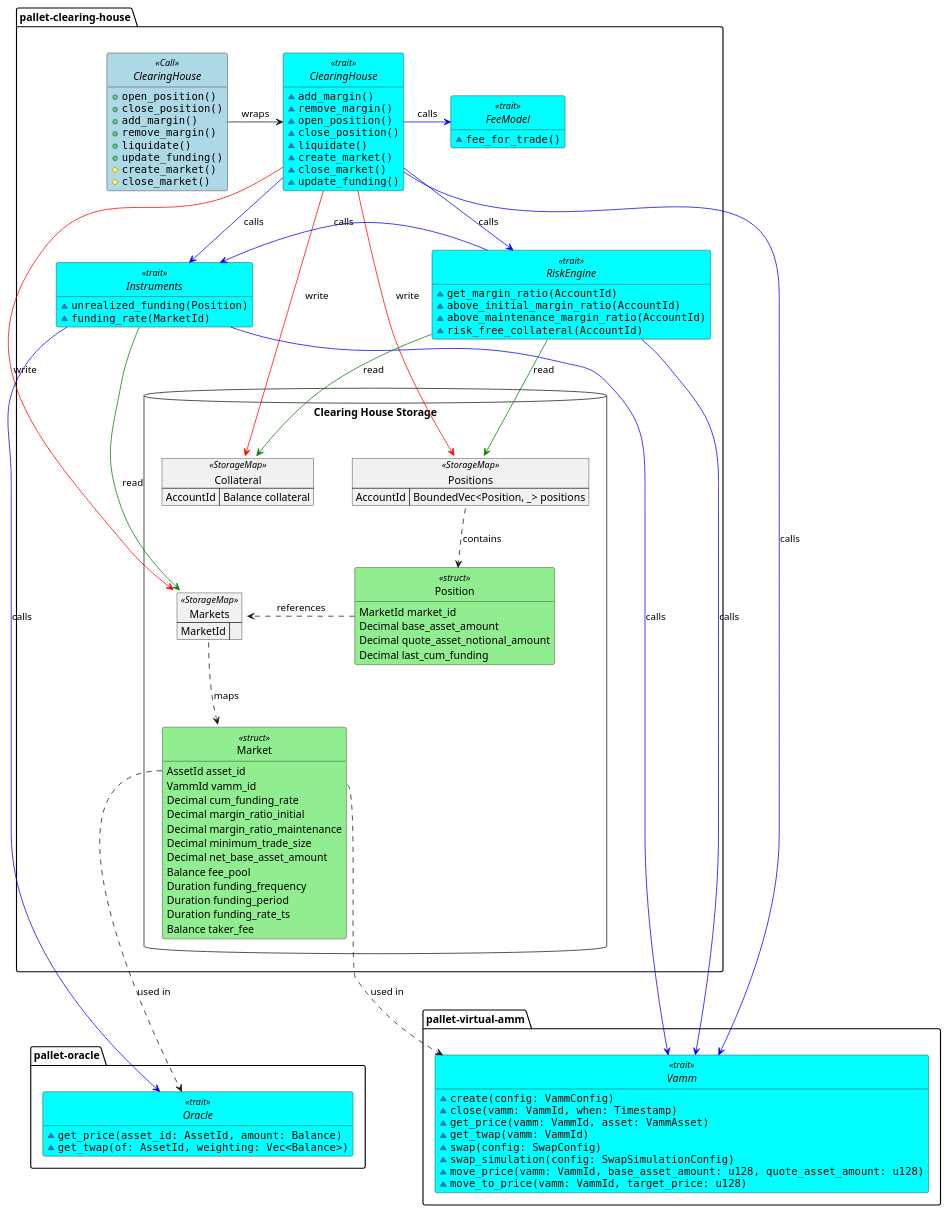
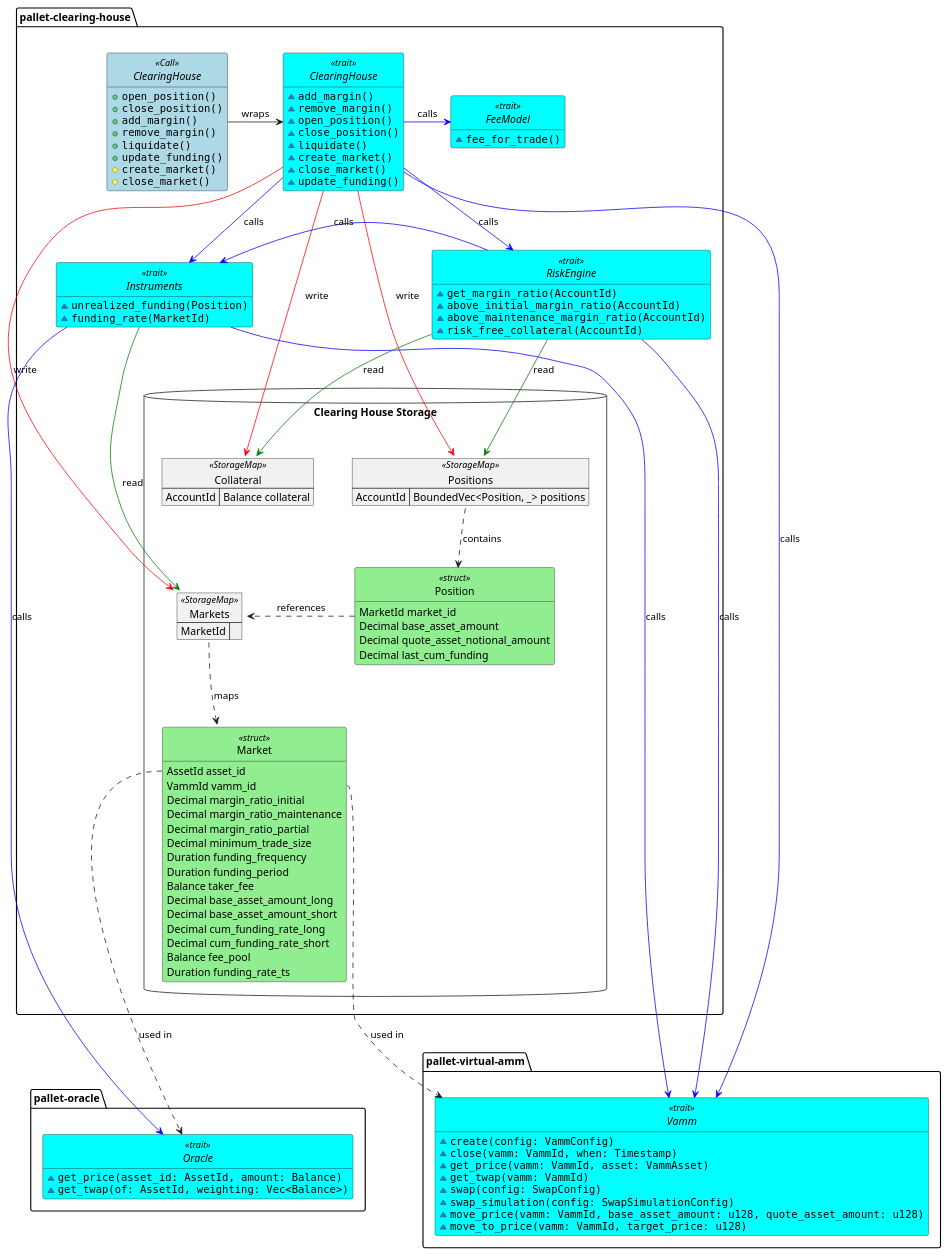
Before and after one commit to ComposableFi/composable: the diagram in frame/clearing-house/diagrams/clearing-house.plantuml, drawn with PlantUML.

Commit message:
docs(CH): update static diagram with market attrs
CU-2m2cpdz

```diff
--- a/frame/clearing-house/diagrams/clearing-house.plantuml
+++ b/frame/clearing-house/diagrams/clearing-house.plantuml
@@ -1,160 +1,163 @@
 @startuml clearing-house
 
 <style>
 .struct {
     BackgroundColor LightGreen
 }
 .Call {
     BackgroundColor LightBlue
 }
 .trait {
     BackgroundColor Cyan
 }
 </style>
 
 package "pallet-clearing-house" {
     interface ClearingHouse <<Call>> {
         + ""open_position()""
         + ""close_position()""
         + ""add_margin()""
         + ""remove_margin()""
         + ""liquidate()""
         + ""update_funding()""
         # ""create_market()""
         # ""close_market()""
     }
 
     interface "ClearingHouse" as CH <<trait>> {
         ~ ""add_margin()""
         ~ ""remove_margin()""
         ~ ""open_position()""
         ~ ""close_position()""
         ~ ""liquidate()""
         ~ ""create_market()""
         ~ ""close_market()""
         ~ ""update_funding()""
     }
     
     interface "RiskEngine" as RETrait <<trait>> {
         ~ ""get_margin_ratio(AccountId)""
         ~ ""above_initial_margin_ratio(AccountId)""
         ~ ""above_maintenance_margin_ratio(AccountId)""
         ~ ""risk_free_collateral(AccountId)""
         '~ get_free_collateral()
     }
     
     interface "Instruments" as ITrait <<trait>> {
         ~ ""unrealized_funding(Position)""
         ~ ""funding_rate(MarketId)""
     }
 
     interface "FeeModel" as FTrait <<trait>> {
         ~ ""fee_for_trade()""
     }
 
     database "Clearing House Storage" {
         map "Collateral" as MarginAccounts <<StorageMap>> {
             AccountId => Balance collateral
         }
 
         map Positions <<StorageMap>> {
             AccountId => BoundedVec<Position, _> positions
         }
 
         map Markets <<StorageMap>> {
             MarketId =>
         }
 
         class Position <<struct>> {
             MarketId market_id
             Decimal base_asset_amount
             Decimal quote_asset_notional_amount
             Decimal last_cum_funding
         }
 
         class Market <<struct>> {
             AssetId asset_id
             VammId vamm_id
-            Decimal cum_funding_rate
             Decimal margin_ratio_initial
             Decimal margin_ratio_maintenance
+            Decimal margin_ratio_partial
             Decimal minimum_trade_size
-            Decimal net_base_asset_amount
-            Balance fee_pool
             Duration funding_frequency
             Duration funding_period
+            Balance taker_fee
+            Decimal base_asset_amount_long
+            Decimal base_asset_amount_short
+            Decimal cum_funding_rate_long
+            Decimal cum_funding_rate_short
+            Balance fee_pool
             Duration funding_rate_ts
-            Balance taker_fee
         }
     }
 }
 
 package "pallet-virtual-amm" {
     interface "Vamm" as vAmm <<trait>> {
         ~ ""create(config: VammConfig)""
         ~ ""close(vamm: VammId, when: Timestamp)""
         ~ ""get_price(vamm: VammId, asset: VammAsset)""
         ~ ""get_twap(vamm: VammId)""
         ~ ""swap(config: SwapConfig)""
         ~ ""swap_simulation(config: SwapSimulationConfig)""
         ~ ""move_price(vamm: VammId, base_asset_amount: u128, quote_asset_amount: u128)""
         ~ ""move_to_price(vamm: VammId, target_price: u128)""
     }
 }
 
 package "pallet-oracle" {
     interface Oracle <<trait>> {
         ~ ""get_price(asset_id: AssetId, amount: Balance)""
         ~ ""get_twap(of: AssetId, weighting: Vec<Balance>)""
     }
 }
 
 hide empty members
 hide circle
 
 '================== Storage relationships
 Markets ..down> Market : maps
 Market::vamm_id ..> vAmm : used in
 Market::asset_id ..> Oracle : used in
 
 Positions::positions ..down> Position: contains
 Position ..right> Markets : references
 
 '================== Control flow relationships             
 ClearingHouse -> CH : wraps
 
 CH -[#blue]-> ITrait : calls
 
 'add_margin
 'remove_margin
 CH -[#red]-> MarginAccounts : write
 
 'create_market
 'close_market
 CH -[#red]-> Markets : write
 
 'remove_margin
 CH -[#blue]-> RETrait : calls
 
 'open_position
 'close_position
 'liquidate
 CH -[#red]-> Positions : write
 CH -[#blue]right> FTrait : calls
 
 'open_position
 'close_position
 CH -[#blue]-> vAmm : calls
 
 'update_funding
 ITrait -[#green]-> Markets : read
 ITrait -[#blue]-> Oracle : calls
 ITrait -[#blue]-> vAmm : calls
 
 'get_margin_ratio
 RETrait -[#green]-> MarginAccounts : read
 RETrait -[#green]-> Positions : read
 RETrait -left[#blue]> ITrait : calls
 RETrait -[#blue]-> vAmm : calls
 
 @enduml
```
